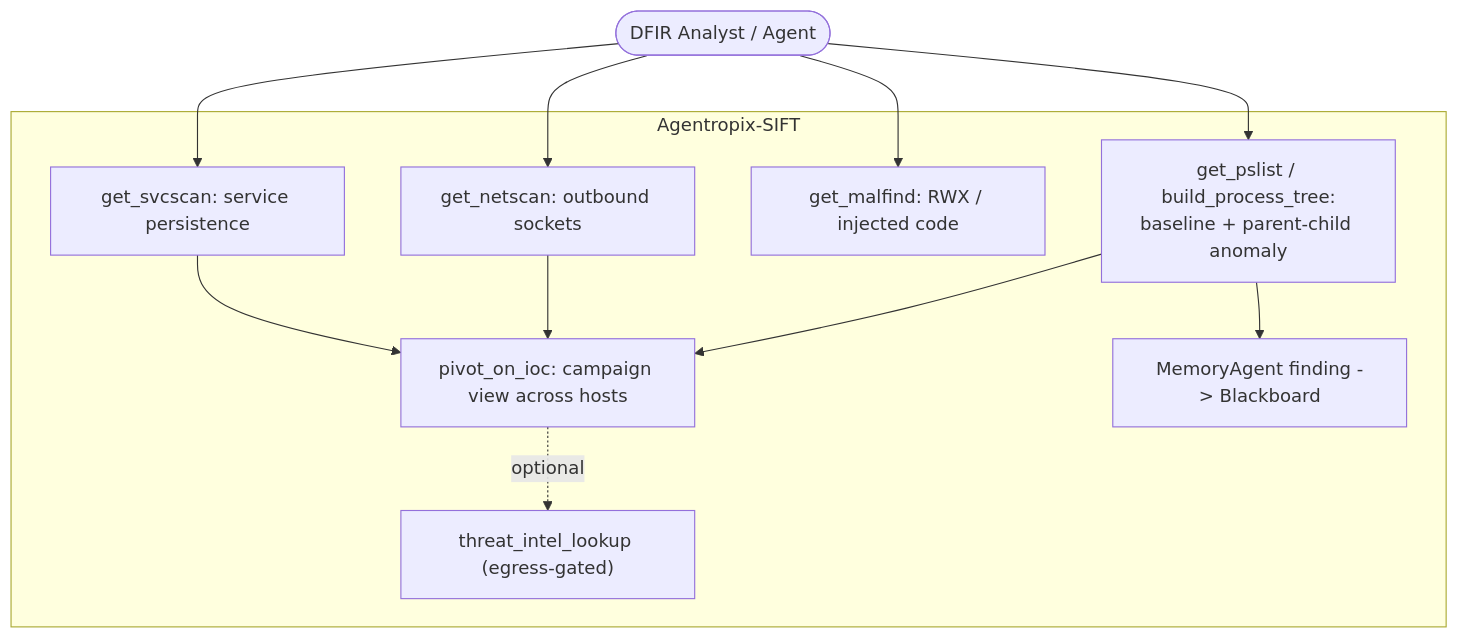
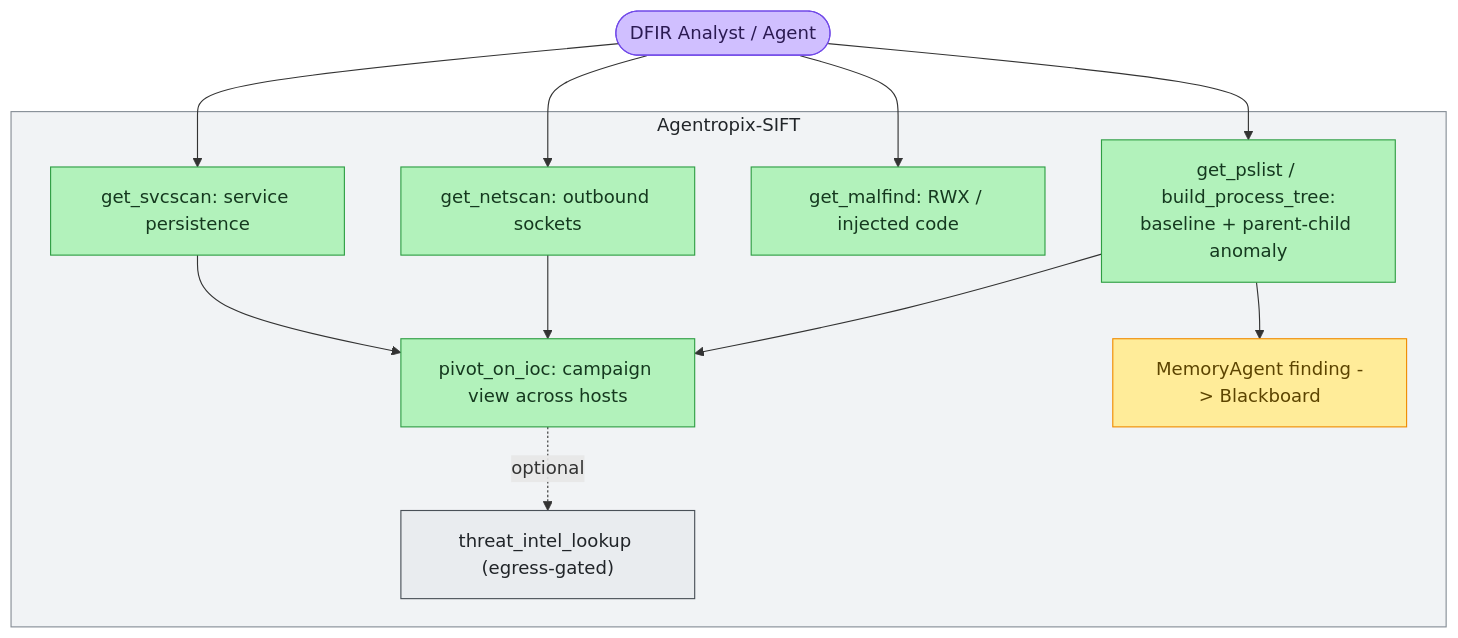
The first of 3 diagrams in docs/06-use-cases/uc-memory-triage.md (galvangabriel-web/agentropix-mcp), drawn with Mermaid before and after one commit. The commit also changed other lines of this file and 20 other files, not shown here.

First line of the commit message:
Diagram readability pass (workflow): redesign diagrams for size/clarity + audit log

````diff
--- a/docs/06-use-cases/uc-memory-triage.md
+++ b/docs/06-use-cases/uc-memory-triage.md
@@ -25,24 +25,36 @@
 ```mermaid
 graph TD
     analyst([DFIR Analyst / Agent])
 
-    subgraph Agentropix-SIFT
+    subgraph sift["Agentropix-SIFT"]
         UC1["get_pslist / build_process_tree:<br/>baseline + parent-child anomaly"]
         UC2["get_netscan: outbound sockets"]
         UC3["get_malfind: RWX / injected code"]
         UC4["get_svcscan: service persistence"]
         UC5["pivot_on_ioc: campaign view across hosts"]
         UC6["threat_intel_lookup (egress-gated)"]
         UC7["MemoryAgent finding -> Blackboard"]
     end
 
     analyst --> UC1
     analyst --> UC2
     analyst --> UC3
     analyst --> UC4
     UC1 --> UC5
     UC2 --> UC5
     UC4 --> UC5
     UC5 -.optional.-> UC6
     UC1 --> UC7
+
+    classDef actor fill:#d0bfff,stroke:#7048e8,color:#2b1a52
+    classDef core fill:#b2f2bb,stroke:#2f9e44,color:#15391f
+    classDef sink fill:#ffec99,stroke:#f08c00,color:#5c4400
+    classDef ext fill:#e9ecef,stroke:#495057,color:#212529
+
+    class analyst actor
+    class UC1,UC2,UC3,UC4,UC5 core
+    class UC7 sink
+    class UC6 ext
+
+    style sift fill:#f1f3f5,stroke:#868e96,color:#212529
 ```
````
